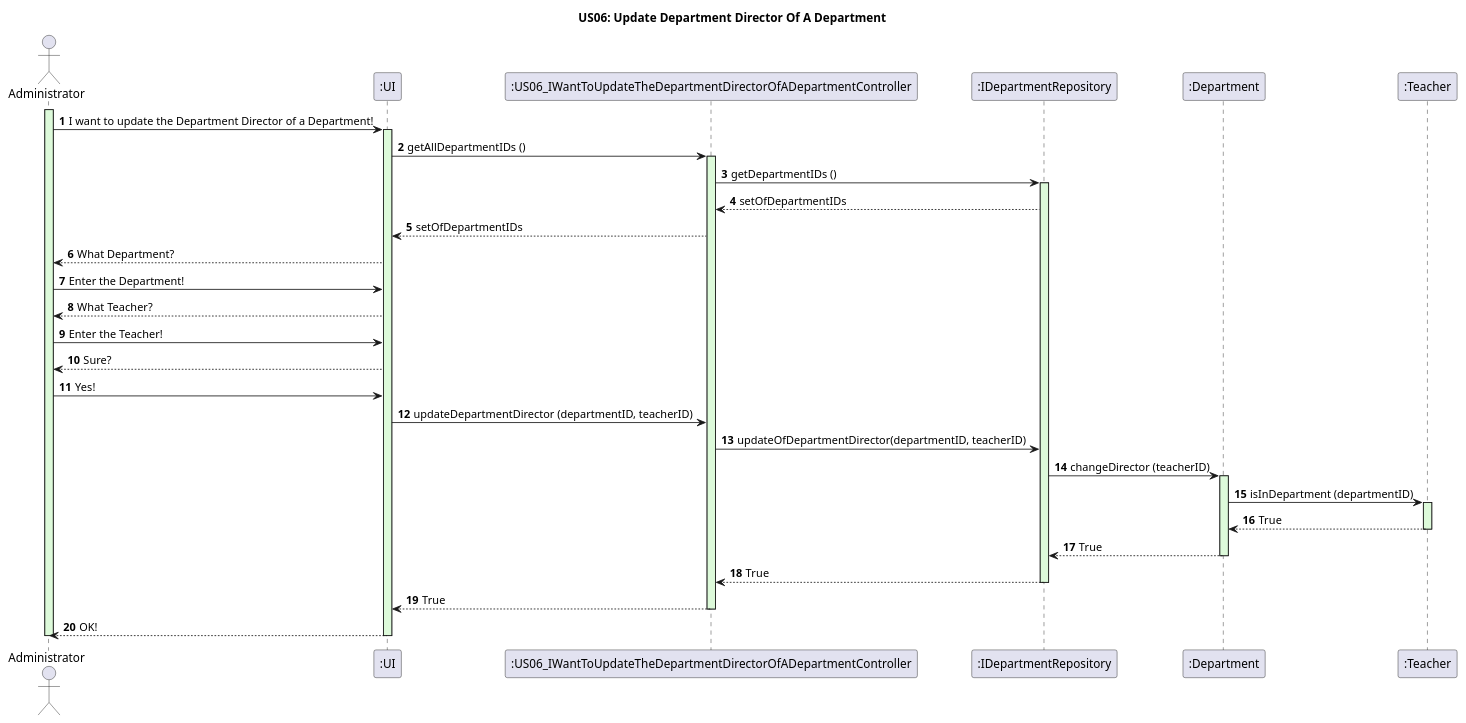
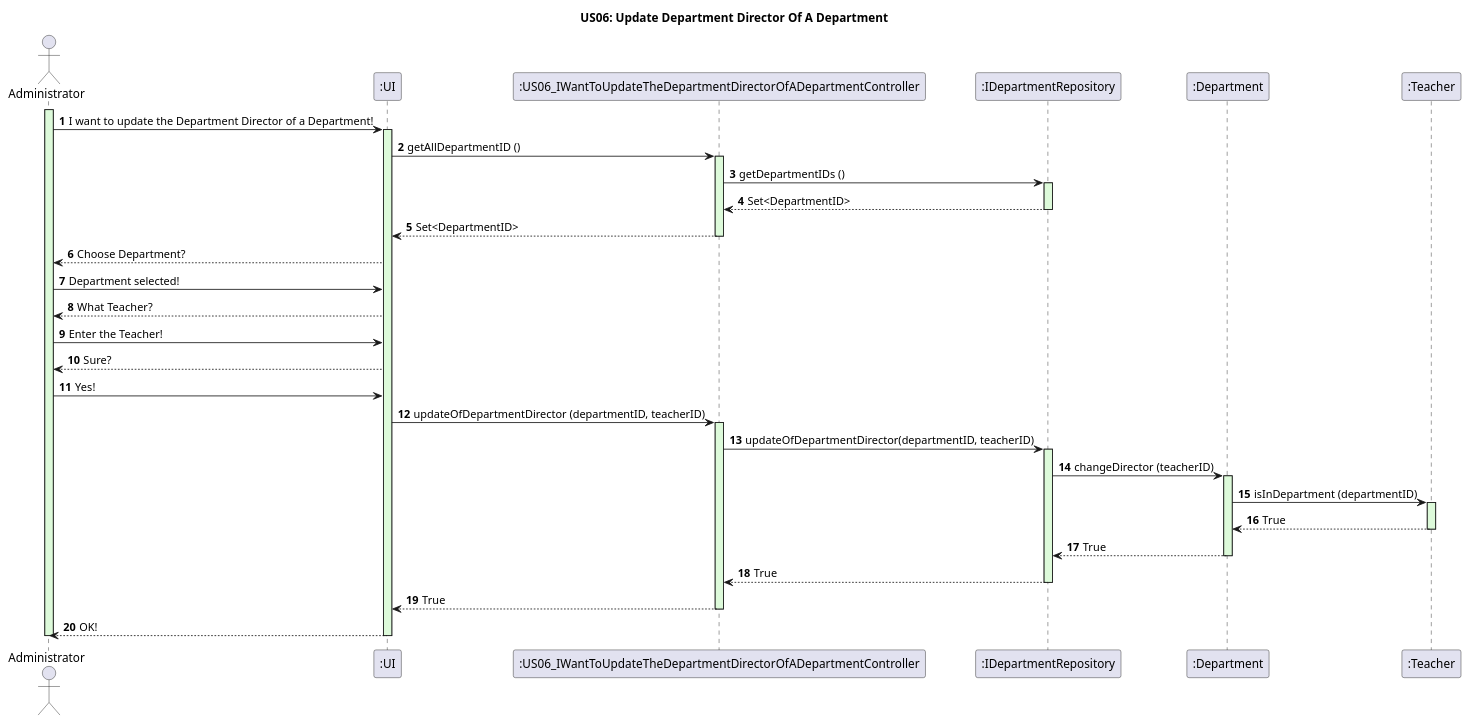
The diagram in docs/US06/US06_DDD_UpdateDepartmentDirectorOfADepartment_SequenceDiagram.puml (GasparISEP/DevOps-PAI), drawn with PlantUML before and after one commit.

Commit message:
Closes #80: Update US06 Sequence Diagram to reflect DDD principles

```diff
--- a/docs/US06/US06_DDD_UpdateDepartmentDirectorOfADepartment_SequenceDiagram.puml
+++ b/docs/US06/US06_DDD_UpdateDepartmentDirectorOfADepartment_SequenceDiagram.puml
@@ -1,52 +1,62 @@
 @startuml
 autonumber
 
 title US06: Update Department Director Of A Department
 actor Administrator
 participant ":UI" as UI
+participant ":US06_IWantToUpdateTheDepartmentDirectorOfADepartmentController" as Controller
+participant ":IDepartmentRepository" as IDepartmentRepository
+participant ":Department" as Department
+participant ":Teacher" as Teacher
+
 
 activate Administrator #ddfada
 Administrator -> UI: I want to update the Department Director of a Department!
 activate UI #ddfada
-participant ":US06_IWantToUpdateTheDepartmentDirectorOfADepartmentController" as Controller
-UI -> Controller: getAllDepartmentIDs ()
+
+UI -> Controller: getAllDepartmentID ()
 activate Controller #ddfada
-participant ":IDepartmentRepository" as IDepartmentRepository
+
 Controller -> IDepartmentRepository: getDepartmentIDs ()
 activate IDepartmentRepository #ddfada
-IDepartmentRepository --> Controller: setOfDepartmentIDs
-Controller --> UI: setOfDepartmentIDs
+IDepartmentRepository --> Controller: Set<DepartmentID>
+deactivate IDepartmentRepository
+
+Controller --> UI: Set<DepartmentID>
+deactivate Controller
 
 
-UI --> Administrator: What Department?
-Administrator -> UI: Enter the Department!
+UI --> Administrator: Choose Department?
+Administrator -> UI: Department selected!
 UI --> Administrator: What Teacher?
 Administrator -> UI: Enter the Teacher!
 UI --> Administrator: Sure?
 Administrator -> UI: Yes!
 
 
-UI -> Controller : updateDepartmentDirector (departmentID, teacherID)
+UI -> Controller :  updateOfDepartmentDirector (departmentID, teacherID)
+activate Controller #ddfada
+
 Controller -> IDepartmentRepository: updateOfDepartmentDirector(departmentID, teacherID)
-participant ":Department" as Department
+activate IDepartmentRepository  #ddfada
+
 IDepartmentRepository -> Department: changeDirector (teacherID)
 activate Department #ddfada
-participant ":Teacher" as Teacher
 Department -> Teacher: isInDepartment (departmentID)
 activate Teacher #ddfada
 Teacher --> Department: True
 deactivate Teacher
 Department --> IDepartmentRepository: True
 deactivate Department
 IDepartmentRepository --> Controller: True
 deactivate IDepartmentRepository
 Controller --> UI: True
 deactivate Controller
 
 
 UI --> Administrator: OK!
 deactivate UI
 deactivate Administrator
 
 
 @enduml
```
